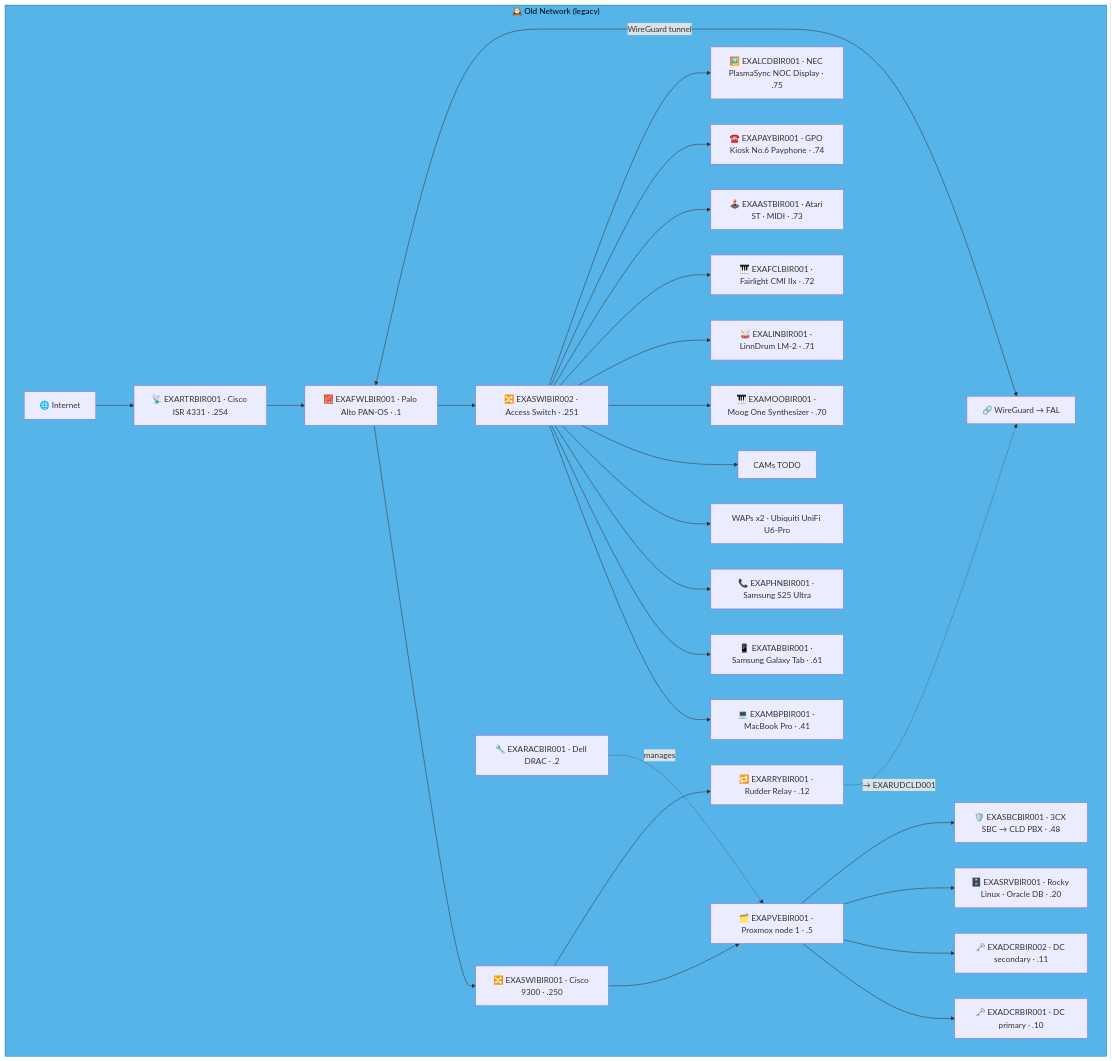
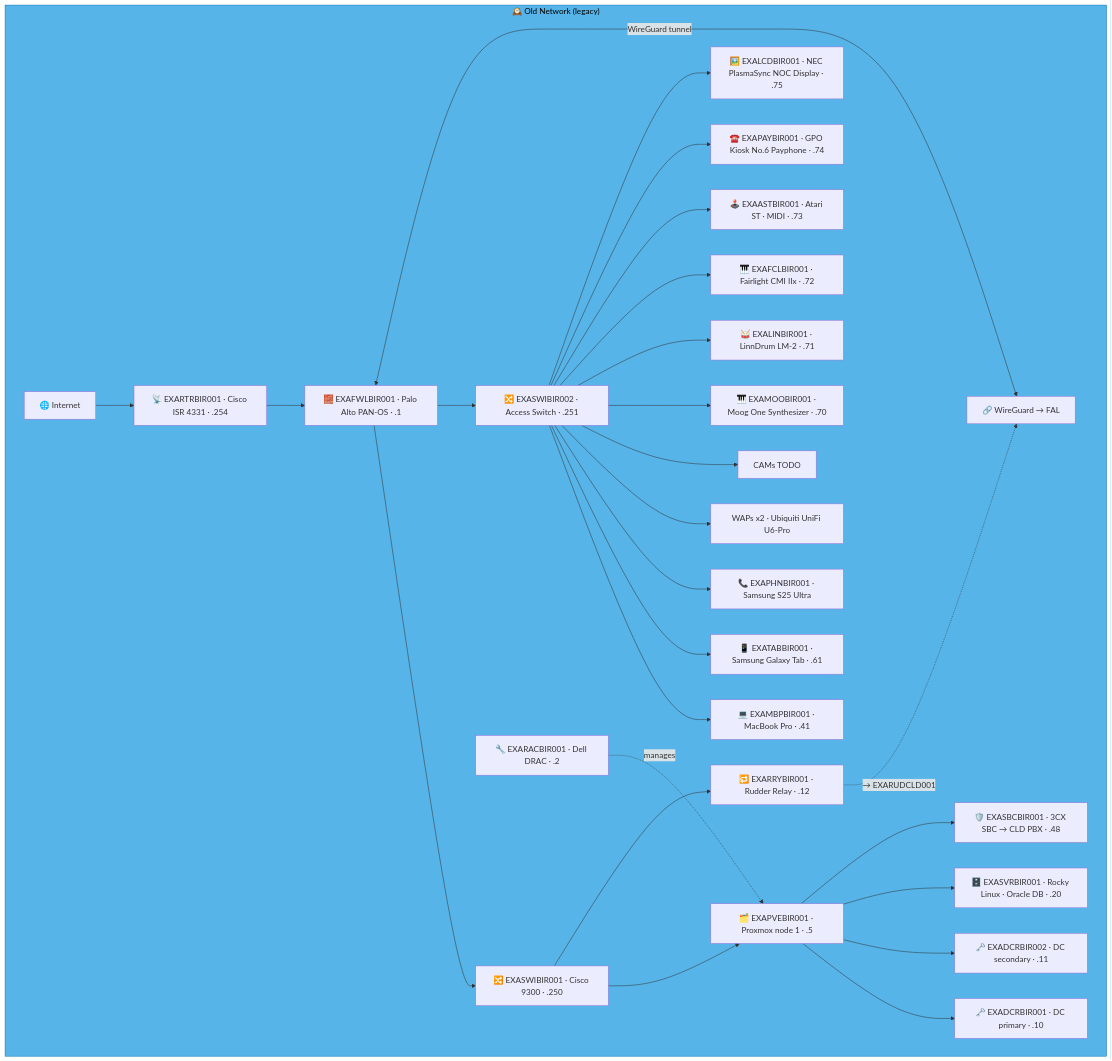
The fifth of 27 diagrams in docs/network-diagram/england.md (knightmare2600/example_music_infra), drawn with Mermaid before and after one commit. The commit also changed other lines of this file and 44 other files, not shown here.

````diff
--- a/docs/network-diagram/england.md
+++ b/docs/network-diagram/england.md
@@ -236,40 +236,40 @@
 ```mermaid
 graph TD
     subgraph OLD_BIR ["🕰️ Old Network (legacy)"]
       INET["🌐 Internet"]
       FWL["🧱 EXAFWLBIR001 · Palo Alto PAN-OS · .1"]
       SW1["🔀 EXASWIBIR001 · Cisco 9300 · .250"]
       SW2["🔀 EXASWIBIR002 · Access Switch · .251"]
       RTR["📡 EXARTRBIR001 · Cisco ISR 4331 · .254"]
       RAC["🔧 EXARACBIR001 · Dell DRAC · .2"]
       PVE["🗂️ EXAPVEBIR001 · Proxmox node 1 · .5"]
       DC1["🗝️ EXADCRBIR001 · DC primary · .10"]
       DC2["🗝️ EXADCRBIR002 · DC secondary · .11"]
-      SRV["🗄️ EXASRVBIR001 · Rocky Linux · Oracle DB · .20"]
+      SRV["🗄️ EXASVRBIR001 · Rocky Linux · Oracle DB · .20"]
       SBC["🛡️ EXASBCBIR001 · 3CX SBC → CLD PBX · .48"]
       RRY["🔁 EXARRYBIR001 · Rudder Relay · .12"]
       MBP["💻 EXAMBPBIR001 · MacBook Pro · .41"]
       TAB["📱 EXATABBIR001 · Samsung Galaxy Tab · .61"]
       PHN["📞 EXAPHNBIR001 · Samsung S25 Ultra"]
       WAP["WAPs x2 · Ubiquiti UniFi U6-Pro"]
       CAM["CAMs TODO"]
       MOO["🎹 EXAMOOBIR001 · Moog One Synthesizer · .70"]
       LIN["🥁 EXALINBIR001 · LinnDrum LM-2 · .71"]
       FCL["🎹 EXAFCLBIR001 · Fairlight CMI IIx · .72"]
       AST["🕹️ EXAASTBIR001 · Atari ST · MIDI · .73"]
       PAY["☎️ EXAPAYBIR001 · GPO Kiosk No.6 Payphone · .74"]
       LCD["🖼️ EXALCDBIR001 · NEC PlasmaSync NOC Display · .75"]
       VPN["🔗 WireGuard → FAL"]
 
       INET --> RTR --> FWL --> SW1 & SW2
       SW1 --> PVE --> DC1 & DC2 & SRV & SBC
       RAC -.->|"manages"| PVE
       SW2 --> MBP & TAB & PHN & WAP & CAM
       SW2 --> MOO & LIN & FCL & AST & PAY & LCD
       FWL <-->|"WireGuard tunnel"| VPN
 
       SW1 --> RRY
       RRY -. "→ EXARUDCLD001" .-> VPN
     end
     style OLD_BIR fill:#56B4E9,stroke:#0072B2,color:#000000
 ```
````
